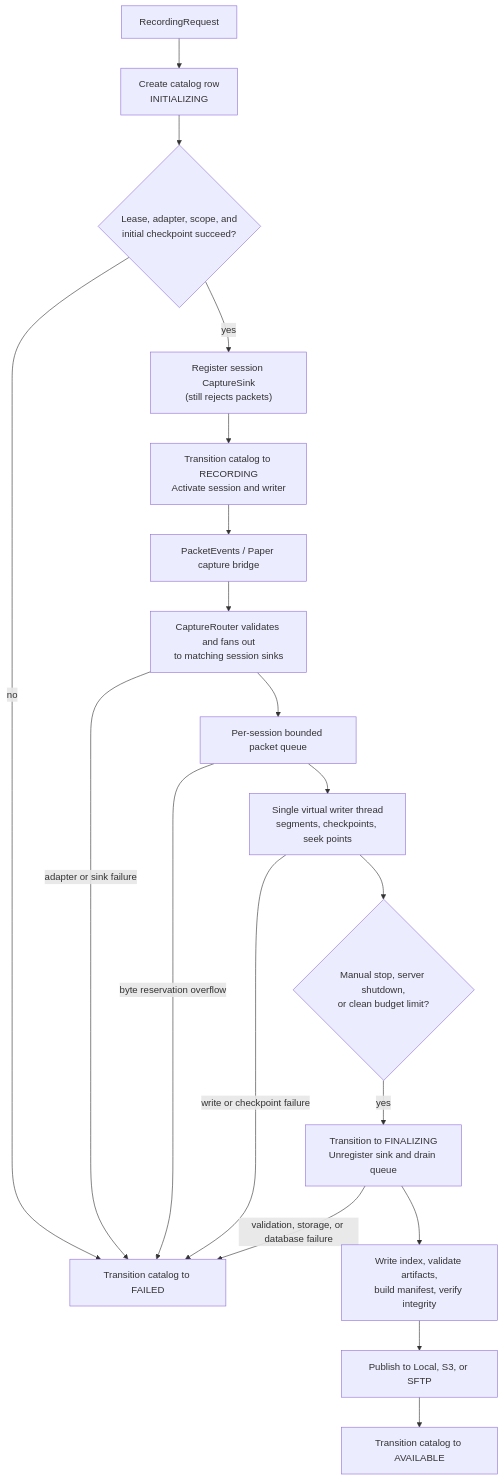
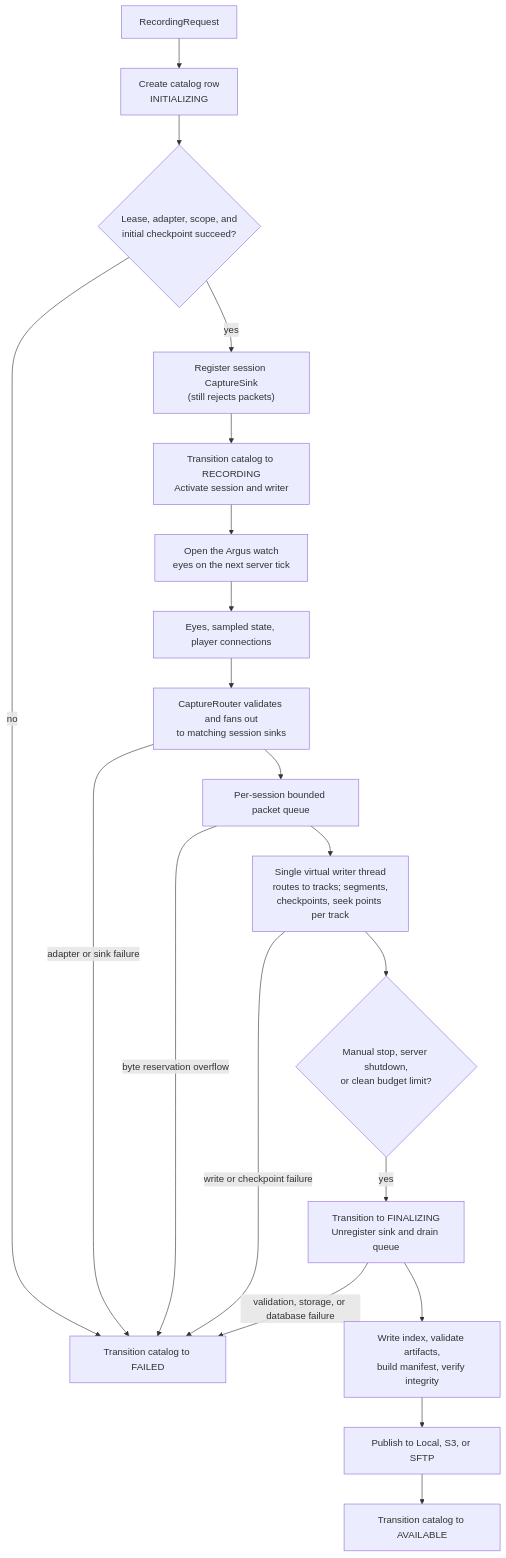
One commit to schmolldechse/replay-framework changed the second of 3 diagrams in docs/architecture.md. Above: the diagram before and after it, drawn with Mermaid. The commit also changed other lines of this file and 1137 other files, not shown here.

First line of the commit message:
Packet definition rewrite, recording tracks, Argus and the Paper 26.3 adapter (#18)

````diff
--- a/docs/architecture.md
+++ b/docs/architecture.md
@@ -36,24 +59,25 @@
 ```mermaid
 flowchart TD
     request["RecordingRequest"] --> catalog["Create catalog row<br/>INITIALIZING"]
     catalog --> setup{"Lease, adapter, scope, and<br/>initial checkpoint succeed?"}
     setup -->|no| failed["Transition catalog to FAILED"]
     setup -->|yes| register["Register session CaptureSink<br/>(still rejects packets)"]
     register --> recording["Transition catalog to RECORDING<br/>Activate session and writer"]
 
-    recording --> capture["PacketEvents / Paper capture bridge"]
+    recording --> watch["Open the Argus watch<br/>eyes on the next server tick"]
+    watch --> capture["Eyes, sampled state, player connections"]
     capture --> router["CaptureRouter validates and fans out<br/>to matching session sinks"]
     router --> queue["Per-session bounded packet queue"]
-    queue --> writer["Single virtual writer thread<br/>segments, checkpoints, seek points"]
+    queue --> writer["Single virtual writer thread<br/>routes to tracks; segments,<br/>checkpoints, seek points per track"]
 
     writer --> stop{"Manual stop, server shutdown,<br/>or clean budget limit?"}
     stop -->|yes| finalizing["Transition to FINALIZING<br/>Unregister sink and drain queue"]
     finalizing --> prepare["Write index, validate artifacts,<br/>build manifest, verify integrity"]
     prepare --> publish["Publish to Local, S3, or SFTP"]
     publish --> available["Transition catalog to AVAILABLE"]
 
     router -->|adapter or sink failure| failed
     queue -->|byte reservation overflow| failed
     writer -->|write or checkpoint failure| failed
     finalizing -->|validation, storage, or database failure| failed
 ```
````
